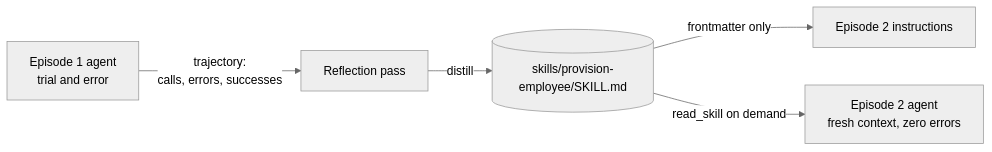
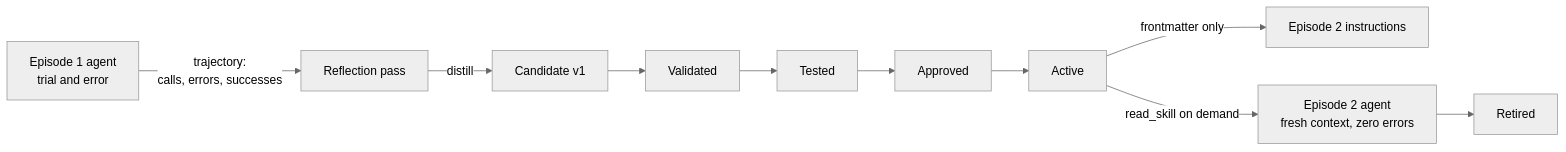
Before and after one commit to arst/agentic-patterns: the diagram in PatternExplorer/patterns/SkillLearning.md, drawn with Mermaid (neutral theme). The commit also changed other lines of this file and 8 other files, not shown here.

````diff
--- a/PatternExplorer/patterns/SkillLearning.md
+++ b/PatternExplorer/patterns/SkillLearning.md
@@ -54,7 +59,9 @@
 ```mermaid
 flowchart LR
     E1[Episode 1 agent<br/>trial and error] -->|trajectory:<br/>calls, errors, successes| R[Reflection pass]
-    R -->|distill| S[(skills/provision-employee/SKILL.md)]
+    R -->|distill| C[Candidate v1]
+    C --> V[Validated] --> T[Tested] --> A[Approved] --> S[Active]
     S -->|frontmatter only| I[Episode 2 instructions]
     S -->|read_skill on demand| E2[Episode 2 agent<br/>fresh context, zero errors]
+    E2 --> X[Retired]
 ```
````
